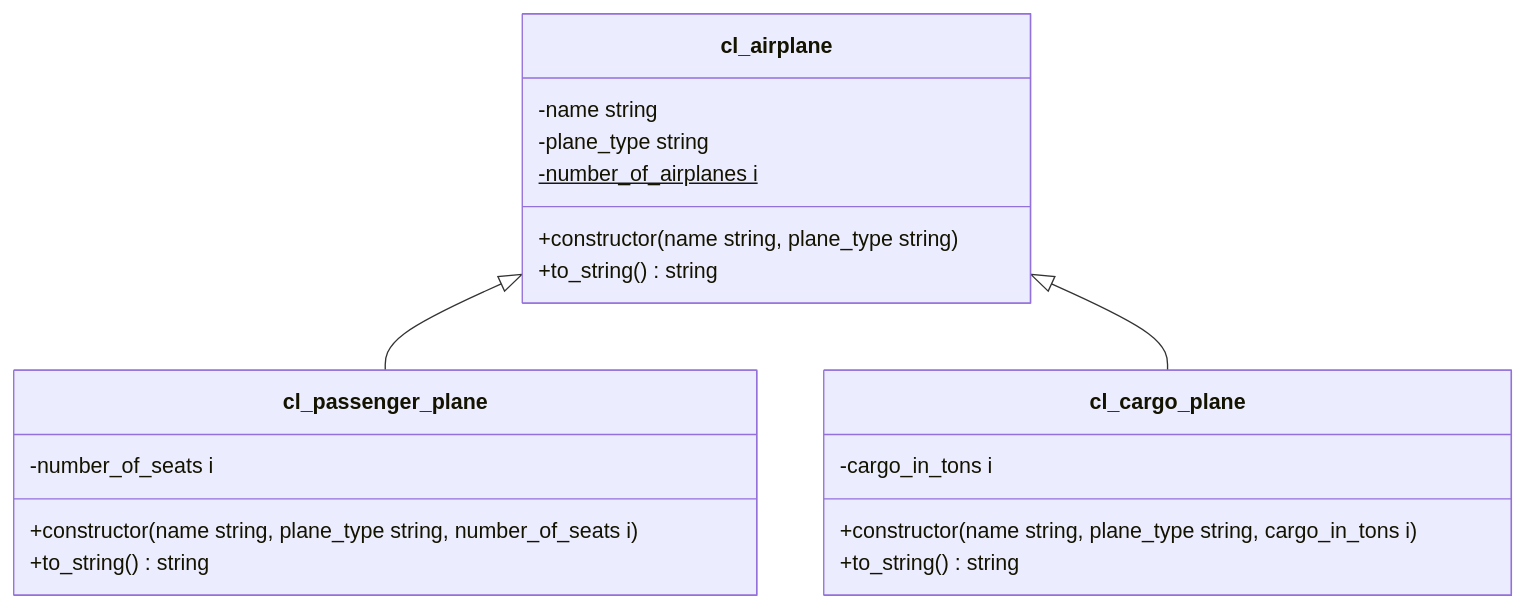
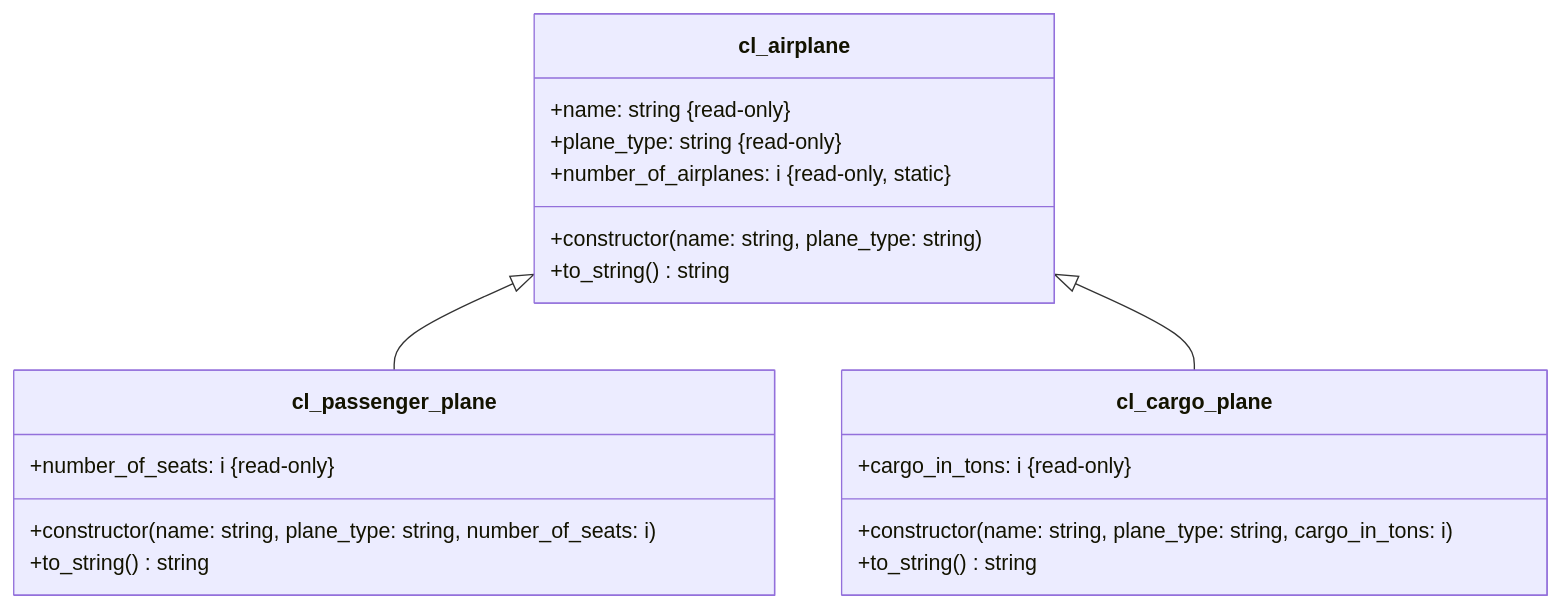
The diagram in docs/exercises/abap-objects/abap-objects-06.md (appenmaier/s4hana), drawn with Mermaid before and after one commit. The commit also changed other lines of this file and 7 other files, not shown here.

Commit message:
update class-diagrams

````diff
--- a/docs/exercises/abap-objects/abap-objects-06.md
+++ b/docs/exercises/abap-objects/abap-objects-06.md
@@ -11,25 +11,25 @@
 ```mermaid
 classDiagram
     cl_airplane <|-- cl_passenger_plane
     cl_airplane <|-- cl_cargo_plane
 
     class cl_airplane {
-      -name string
-      -plane_type string
-      -number_of_airplanes i$
-      +constructor(name string, plane_type string)
+      +name: string &#123read-only&#125
+      +plane_type: string &#123read-only&#125
+      +number_of_airplanes: i &#123read-only, static&#125
+      +constructor(name: string, plane_type: string)
       +to_string() string
     }
 
     class cl_passenger_plane {
-      -number_of_seats i
-      +constructor(name string, plane_type string, number_of_seats i)
+      +number_of_seats: i &#123read-only&#125
+      +constructor(name: string, plane_type: string, number_of_seats: i)
       +to_string() string
     }
 
     class cl_cargo_plane {
-      -cargo_in_tons i
-      +constructor(name string, plane_type string, cargo_in_tons i)
+      +cargo_in_tons: i &#123read-only&#125
+      +constructor(name: string, plane_type: string, cargo_in_tons: i)
       +to_string() string
     }
 ```
````
